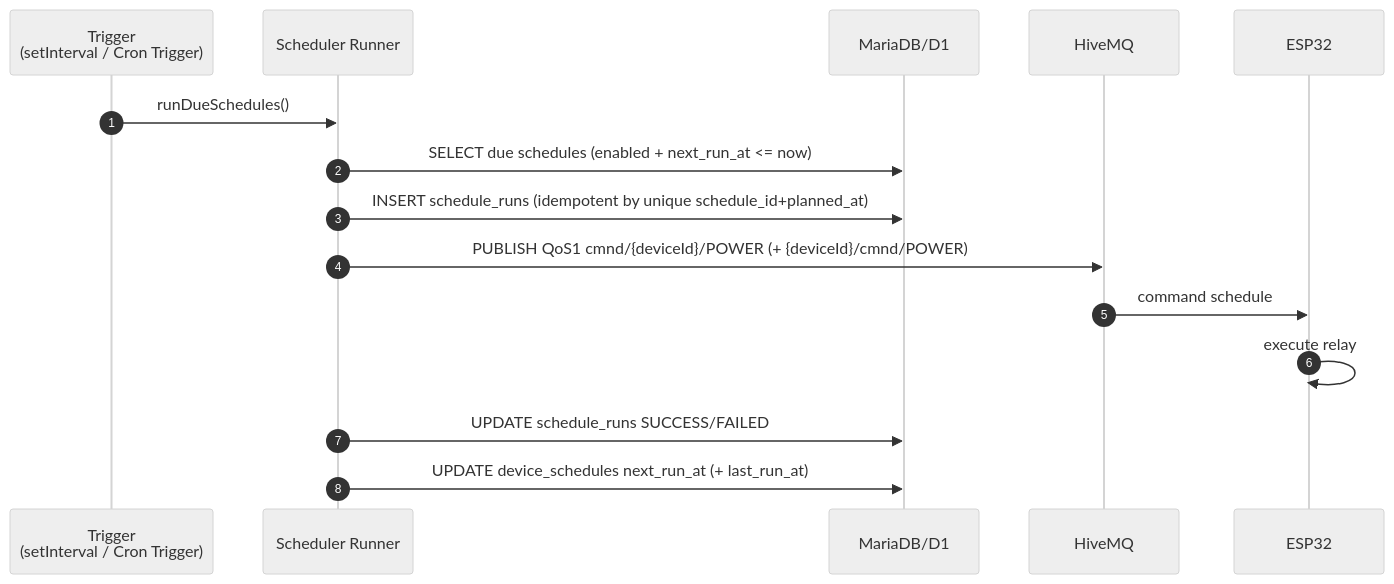
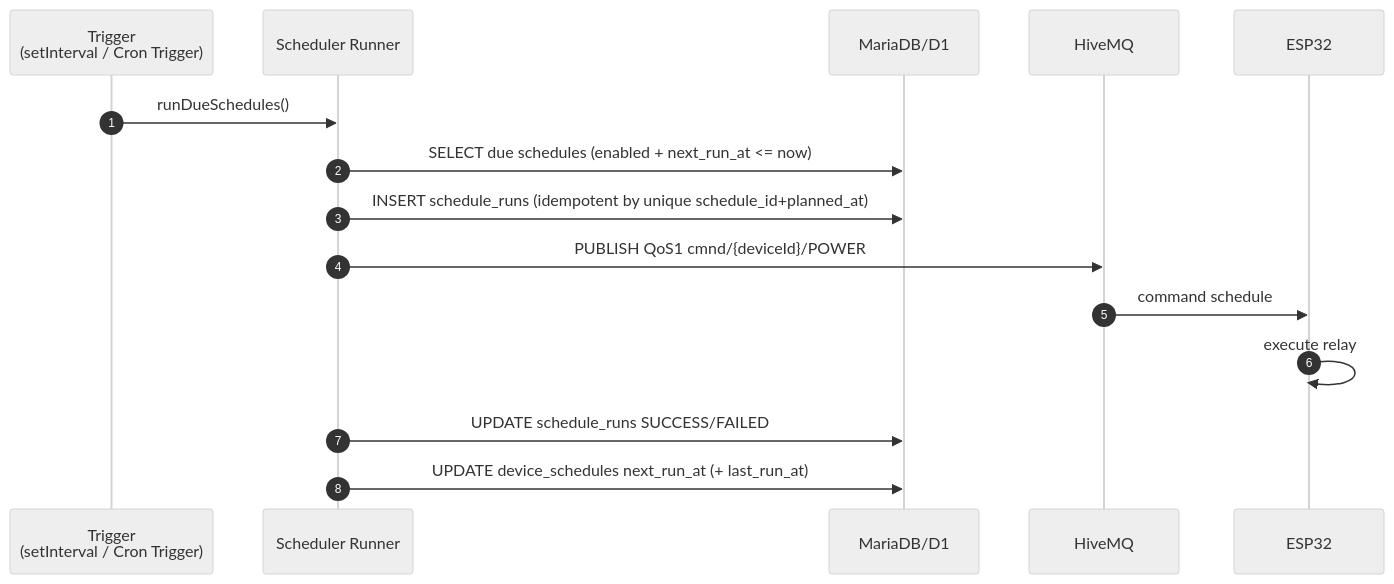
Before and after one commit to afaavimala/Lampu-PIntar-Rumah-Tangga: the fifth of 6 diagrams in docs/Diagram_Arsitektur_Ekosistem_SmartLamp.md, drawn with Mermaid (neutral theme). The commit also changed other lines of this file and 40 other files, not shown here.

````diff
--- a/docs/Diagram_Arsitektur_Ekosistem_SmartLamp.md
+++ b/docs/Diagram_Arsitektur_Ekosistem_SmartLamp.md
@@ -194,18 +190,18 @@
 ```mermaid
 sequenceDiagram
   autonumber
   participant T as Trigger<br/>(setInterval / Cron Trigger)
   participant SCH as Scheduler Runner
   participant DB as MariaDB/D1
   participant MQ as HiveMQ
   participant ESP as ESP32
 
   T->>SCH: runDueSchedules()
   SCH->>DB: SELECT due schedules (enabled + next_run_at <= now)
   SCH->>DB: INSERT schedule_runs (idempotent by unique schedule_id+planned_at)
-  SCH->>MQ: PUBLISH QoS1 cmnd/{deviceId}/POWER (+ {deviceId}/cmnd/POWER)
+  SCH->>MQ: PUBLISH QoS1 cmnd/{deviceId}/POWER
   MQ->>ESP: command schedule
   ESP->>ESP: execute relay
   SCH->>DB: UPDATE schedule_runs SUCCESS/FAILED
   SCH->>DB: UPDATE device_schedules next_run_at (+ last_run_at)
 ```
````
